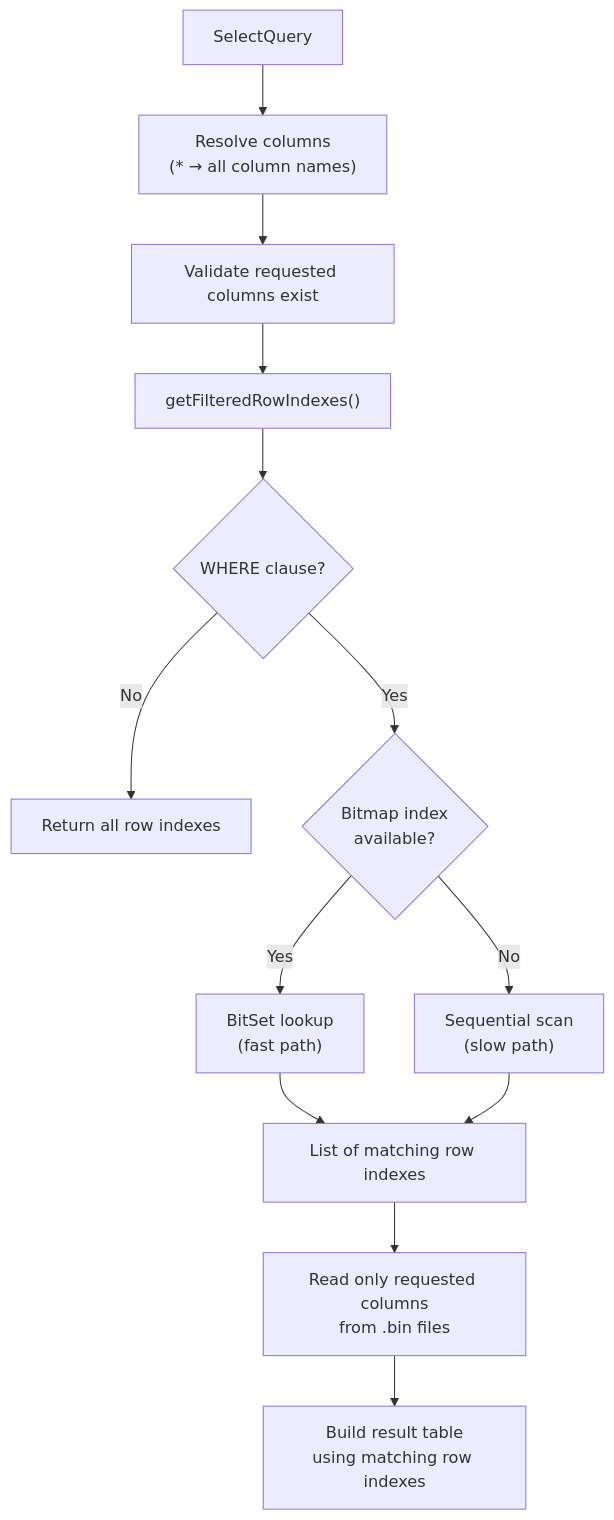
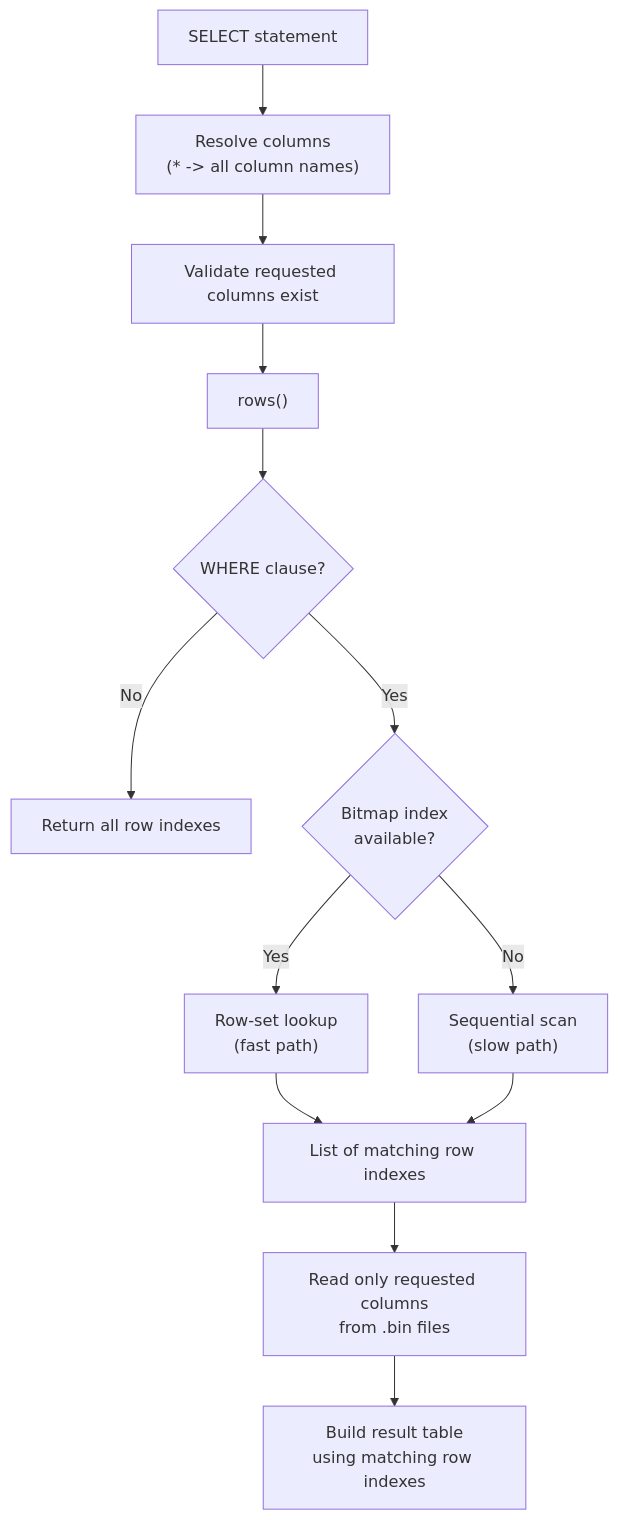
Before and after one commit to JILSPATEL/Column-Store-Data-Storage-System: the ninth of 10 diagrams in README.md, drawn with Mermaid. The commit also changed other lines of this file and 4 other files, not shown here.

````diff
--- a/README.md
+++ b/README.md
@@ -609,15 +832,15 @@
 ```mermaid
 flowchart TD
-    A["SelectQuery"] --> B["Resolve columns\n(* → all column names)"]
+    A["SELECT statement"] --> B["Resolve columns\n(* -> all column names)"]
     B --> C["Validate requested columns exist"]
-    C --> D["getFilteredRowIndexes()"]
+    C --> D["rows()"]
     D --> E{"WHERE clause?"}
     E -->|No| F["Return all row indexes"]
     E -->|Yes| G{"Bitmap index\navailable?"}
-    G -->|Yes| H["BitSet lookup\n(fast path)"]
+    G -->|Yes| H["Row-set lookup\n(fast path)"]
     G -->|No| I["Sequential scan\n(slow path)"]
     H --> J["List of matching row indexes"]
     I --> J
     J --> K["Read only requested columns\nfrom .bin files"]
     K --> L["Build result table\nusing matching row indexes"]
 ```
````
